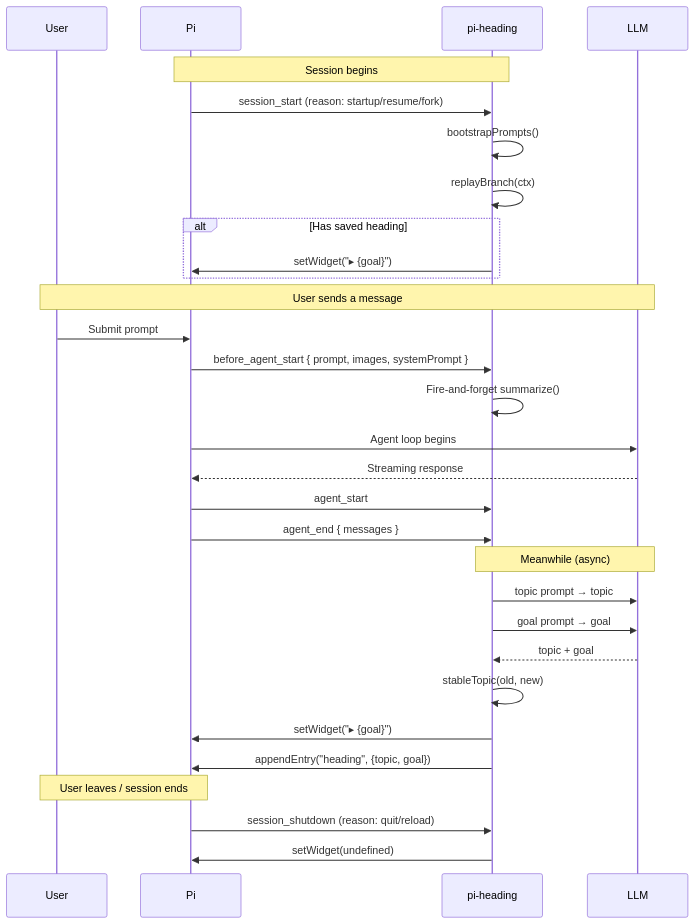
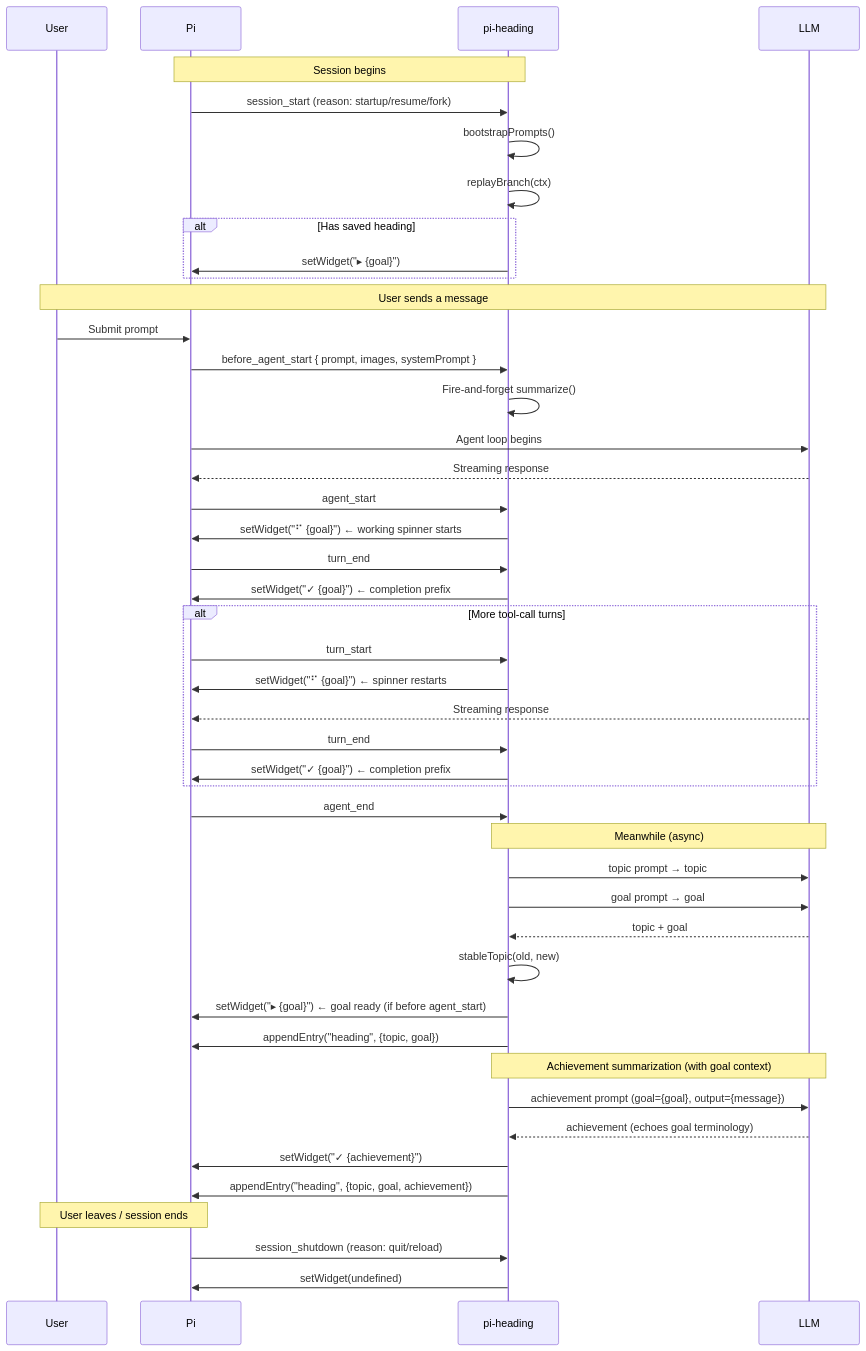
Before and after one commit to alexleekt/pi-extensions: the diagram in packages/pi-heading/README.md, drawn with Mermaid. The commit also changed other lines of this file and 17 other files, not shown here.

First line of the commit message:
feat: widget phase indicators, present continuous goals, prompt eval harness

````diff
--- a/packages/pi-heading/README.md
+++ b/packages/pi-heading/README.md
@@ -123,36 +154,52 @@
 ```mermaid
 sequenceDiagram
     participant User
     participant Pi
     participant pi_heading as pi-heading
     participant LLM
 
     Note over Pi,pi_heading: Session begins
     Pi->>pi_heading: session_start (reason: startup/resume/fork)
     pi_heading->>pi_heading: bootstrapPrompts()
     pi_heading->>pi_heading: replayBranch(ctx)
     alt Has saved heading
         pi_heading->>Pi: setWidget("▸ {goal}")
     end
 
     Note over User,LLM: User sends a message
     User->>Pi: Submit prompt
     Pi->>pi_heading: before_agent_start { prompt, images, systemPrompt }
     pi_heading->>pi_heading: Fire-and-forget summarize()
     Pi->>LLM: Agent loop begins
     LLM-->>Pi: Streaming response
     Pi->>pi_heading: agent_start
-    Pi->>pi_heading: agent_end { messages }
+    pi_heading->>Pi: setWidget("⠋ {goal}")   ← working spinner starts
+    Pi->>pi_heading: turn_end
+    pi_heading->>Pi: setWidget("✓ {goal}")  ← completion prefix
+    alt More tool-call turns
+        Pi->>pi_heading: turn_start
+        pi_heading->>Pi: setWidget("⠋ {goal}")  ← spinner restarts
+        LLM-->>Pi: Streaming response
+        Pi->>pi_heading: turn_end
+        pi_heading->>Pi: setWidget("✓ {goal}")  ← completion prefix
+    end
+    Pi->>pi_heading: agent_end
 
     Note over pi_heading,LLM: Meanwhile (async)
     pi_heading->>LLM: topic prompt → topic
     pi_heading->>LLM: goal prompt → goal
     LLM-->>pi_heading: topic + goal
     pi_heading->>pi_heading: stableTopic(old, new)
-    pi_heading->>Pi: setWidget("▸ {goal}")
+    pi_heading->>Pi: setWidget("▸ {goal}")    ← goal ready (if before agent_start)
     pi_heading->>Pi: appendEntry("heading", {topic, goal})
+
+    Note over pi_heading,LLM: Achievement summarization (with goal context)
+    pi_heading->>LLM: achievement prompt (goal={goal}, output={message})
+    LLM-->>pi_heading: achievement (echoes goal terminology)
+    pi_heading->>Pi: setWidget("✓ {achievement}")
+    pi_heading->>Pi: appendEntry("heading", {topic, goal, achievement})
 
     Note over User,Pi: User leaves / session ends
     Pi->>pi_heading: session_shutdown (reason: quit/reload)
     pi_heading->>Pi: setWidget(undefined)
 ```
````
